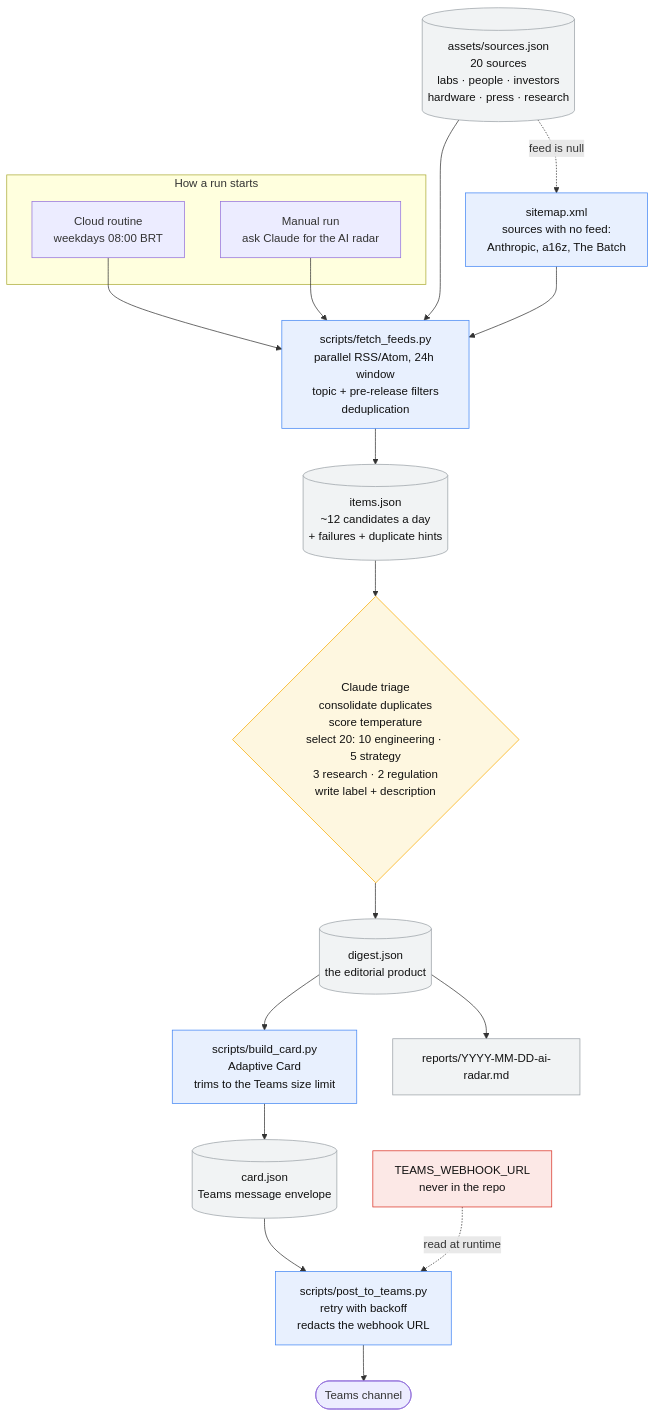
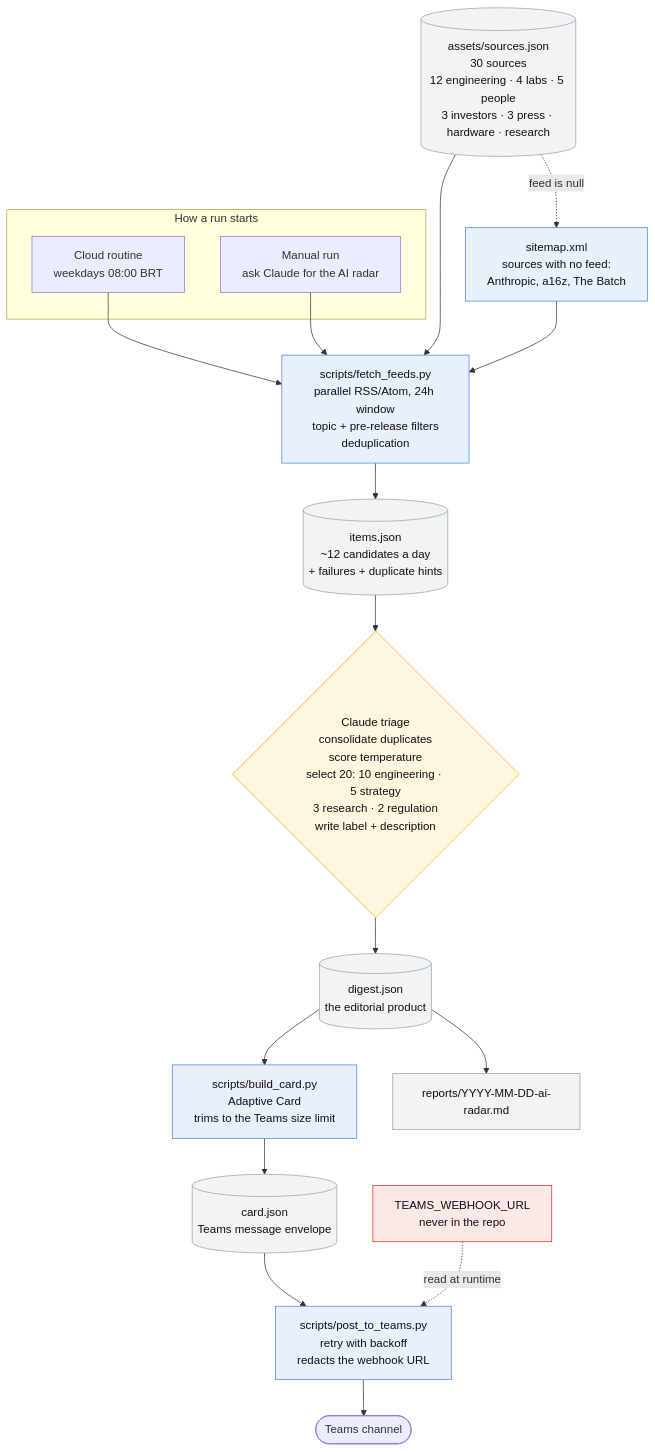
Before and after one commit to werner-denzin/claude-labs: the diagram in README.md, drawn with Mermaid. The commit also changed other lines of this file and 7 other files, not shown here.

````diff
--- a/README.md
+++ b/README.md
@@ -84,48 +109,48 @@
 ```mermaid
 flowchart TD
     subgraph triggers["How a run starts"]
         ROUTINE["Cloud routine<br>weekdays 08:00 BRT"]
         MANUAL["Manual run<br>ask Claude for the AI radar"]
     end
 
-    CATALOG[("assets/sources.json<br>20 sources<br>labs · people · investors<br>hardware · press · research")]
+    CATALOG[("assets/sources.json<br>30 sources<br>12 engineering · 4 labs · 5 people<br>3 investors · 3 press · hardware · research")]
     FETCH["scripts/fetch_feeds.py<br>parallel RSS/Atom, 24h window<br>topic + pre-release filters<br>deduplication"]
     ITEMS[("items.json<br>~12 candidates a day<br>+ failures + duplicate hints")]
     SITEMAP["sitemap.xml<br>sources with no feed:<br>Anthropic, a16z, The Batch"]
 
     TRIAGE{"Claude triage<br>consolidate duplicates<br>score temperature<br>select 20: 10 engineering · 5 strategy<br>3 research · 2 regulation<br>write label + description"}
     DIGEST[("digest.json<br>the editorial product")]
 
     BUILD["scripts/build_card.py<br>Adaptive Card<br>trims to the Teams size limit"]
     CARD[("card.json<br>Teams message envelope")]
     POST["scripts/post_to_teams.py<br>retry with backoff<br>redacts the webhook URL"]
 
     TEAMS(["Teams channel"])
     ARCHIVE["reports/YYYY-MM-DD-ai-radar.md"]
     SECRET["TEAMS_WEBHOOK_URL<br>never in the repo"]
 
     ROUTINE --> FETCH
     MANUAL --> FETCH
     CATALOG --> FETCH
     FETCH --> ITEMS
     CATALOG -. "feed is null" .-> SITEMAP
     SITEMAP --> FETCH
     ITEMS --> TRIAGE
     TRIAGE --> DIGEST
     DIGEST --> BUILD
     BUILD --> CARD
     CARD --> POST
     POST --> TEAMS
     DIGEST --> ARCHIVE
     SECRET -. read at runtime .-> POST
 
     classDef script fill:#e8f0fe,stroke:#4285f4,color:#111
     classDef data fill:#f1f3f4,stroke:#9aa0a6,color:#111
     classDef judgment fill:#fef7e0,stroke:#f9ab00,color:#111
     classDef secret fill:#fce8e6,stroke:#d93025,color:#111
     class FETCH,BUILD,POST script
     class CATALOG,ITEMS,DIGEST,CARD,ARCHIVE data
     class SITEMAP script
     class TRIAGE judgment
     class SECRET secret
 ```
````
